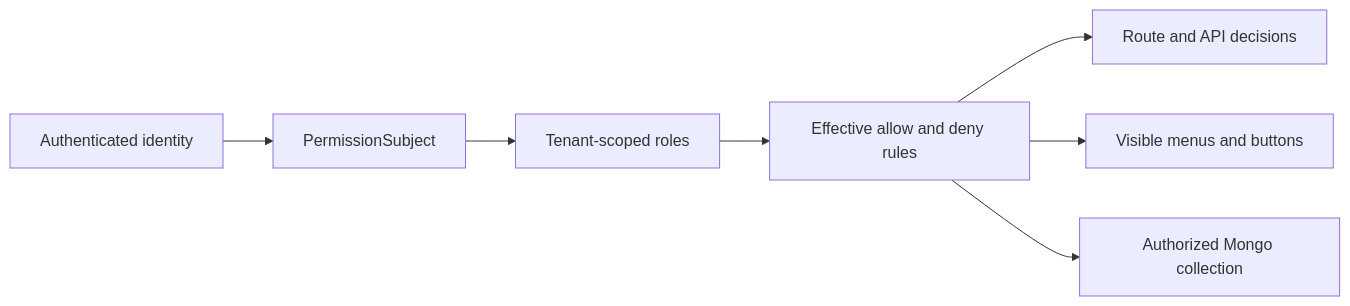
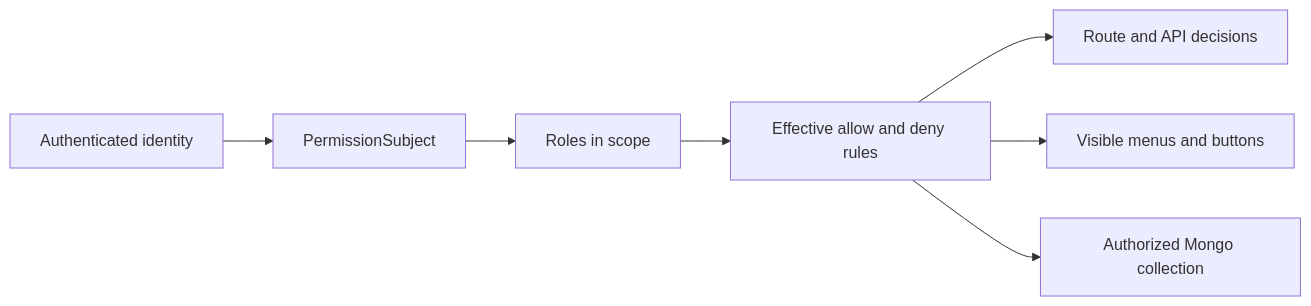
The diagram in website/docs/guide/introduction.md (vextjs/permission-core), drawn with Mermaid before and after one commit. The commit also changed other lines of this file and 39 other files, not shown here.

````diff
--- a/website/docs/guide/introduction.md
+++ b/website/docs/guide/introduction.md
@@ -23,11 +26,11 @@
 ```mermaid
 flowchart LR
   accTitle: permission-core runtime model
   accDescr: An authenticated identity becomes a scoped permission subject whose effective rules drive API, menu, button, and data decisions.
   A["Authenticated identity"] --> B["PermissionSubject"]
-  B --> C["Tenant-scoped roles"]
+  B --> C["Roles in scope"]
   C --> D["Effective allow and deny rules"]
   D --> E["Route and API decisions"]
   D --> F["Visible menus and buttons"]
   D --> G["Authorized Mongo collection"]
 ```
````
